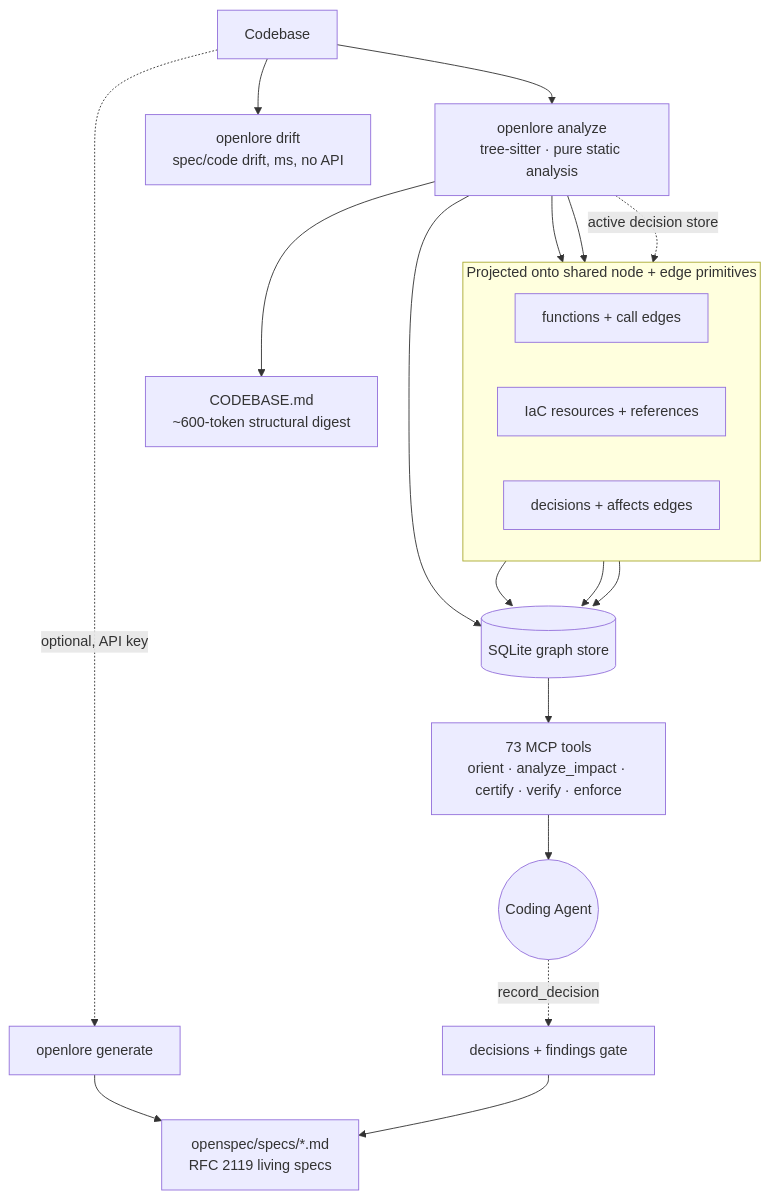
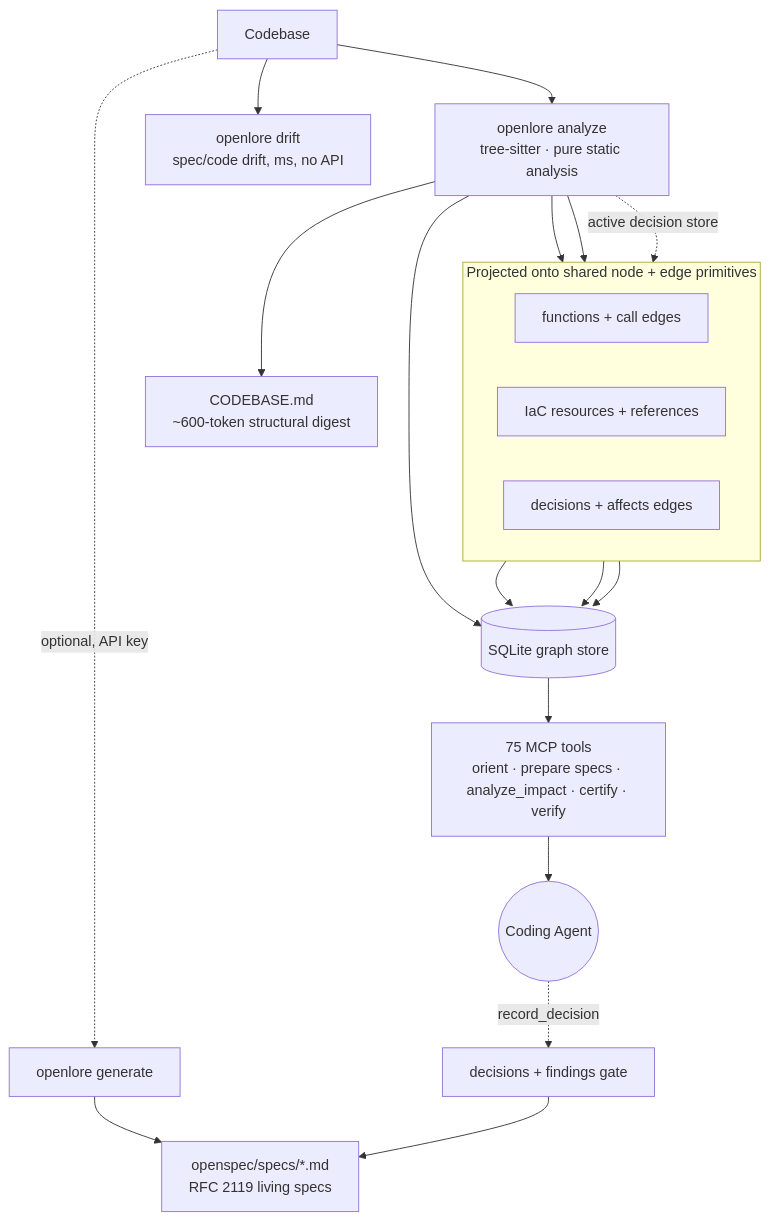
One commit to clay-good/OpenLore changed the diagram in README.md. Above: the diagram before and after it, drawn with Mermaid. The commit also changed other lines of this file and 75 other files, not shown here.

````diff
--- a/README.md
+++ b/README.md
@@ -280,28 +280,28 @@
 ```mermaid
 flowchart TD
     Code[Codebase] --> Analyze[openlore analyze<br/>tree-sitter · pure static analysis]
     Analyze --> DB[(SQLite graph store)]
     Analyze --> Digest[CODEBASE.md<br/>~600-token structural digest]
 
     subgraph shared["Projected onto shared node + edge primitives"]
       direction LR
       CodeNodes[functions + call edges]
       Iac[IaC resources + references]
       Dec[decisions + affects edges]
     end
     Analyze --> CodeNodes
     Analyze --> Iac
     Analyze -. active decision store .-> Dec
     CodeNodes --> DB
     Iac --> DB
     Dec --> DB
 
-    DB --> MCP[73 MCP tools<br/>orient · analyze_impact · certify · verify · enforce]
+    DB --> MCP[75 MCP tools<br/>orient · prepare specs · analyze_impact · certify · verify]
     MCP --> Agent((Coding Agent))
 
     Code -. optional, API key .-> Gen[openlore generate]
     Gen --> Specs[openspec/specs/*.md<br/>RFC 2119 living specs]
     Code --> Drift[openlore drift<br/>spec/code drift, ms, no API]
     Agent -. record_decision .-> Gate[decisions + findings gate]
     Gate --> Specs
 ```
````
